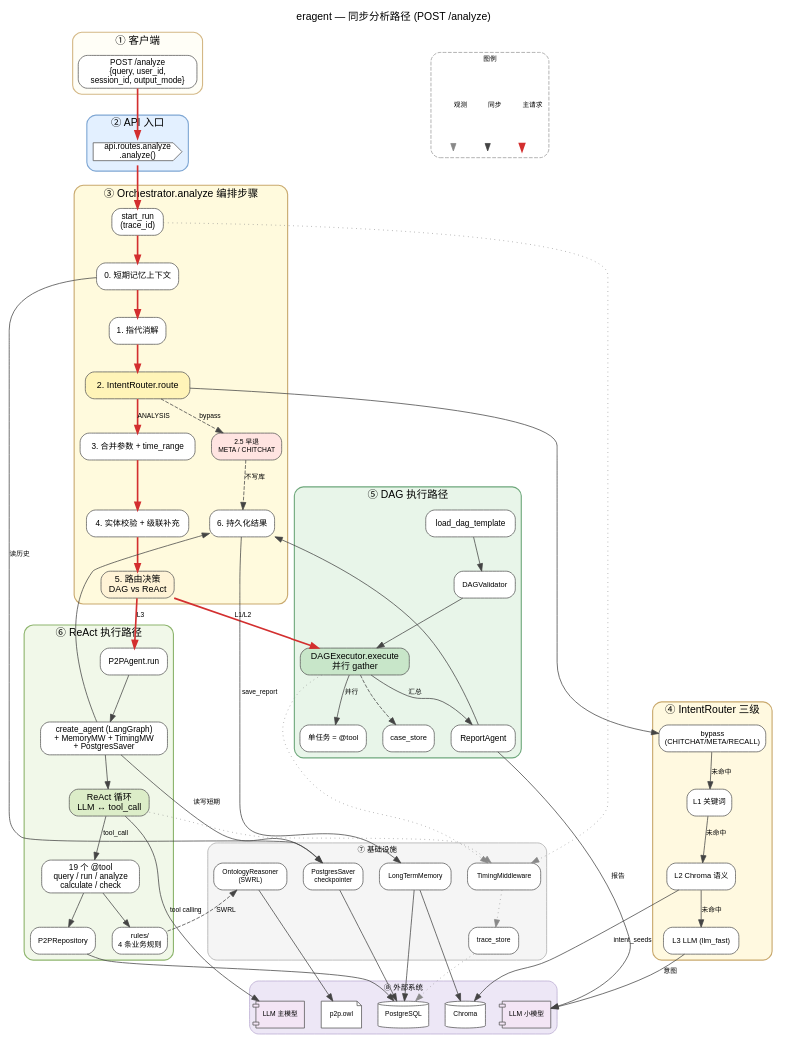
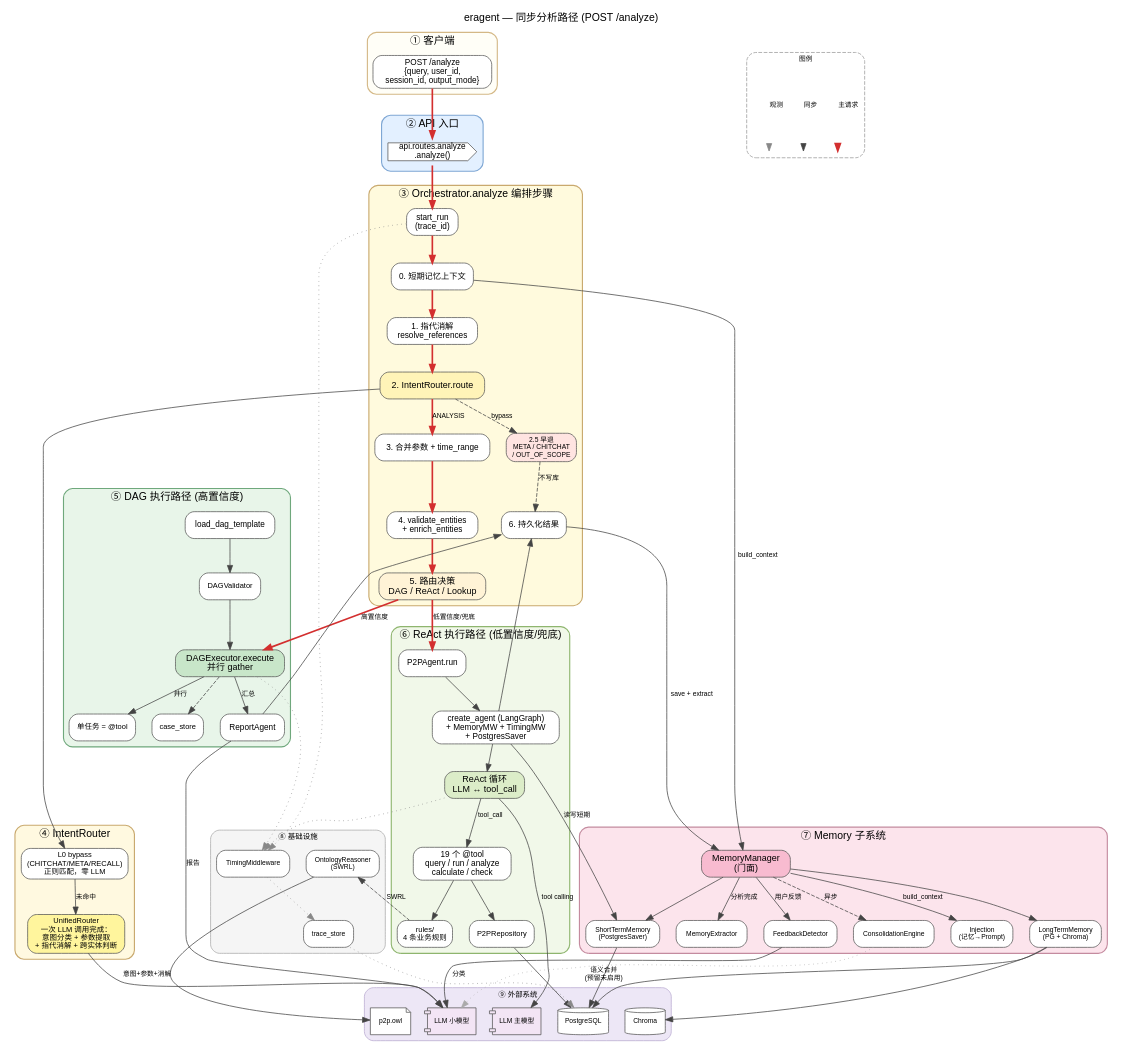
The diagram in docs/architecture/arch_sync.dot (pan817/eragent), drawn with Graphviz before and after one commit. The commit also changed 24 other files, not shown here.

```diff
--- a/docs/architecture/arch_sync.dot
+++ b/docs/architecture/arch_sync.dot
@@ -34,31 +34,30 @@
         style="rounded,filled"; fillcolor="#FFFADD"; color="#C9A96E";
         o_start   [label="start_run\n(trace_id)", shape=box, fontsize=11];
         o_ctx     [label="0. 短期记忆上下文", shape=box, fontsize=11];
-        o_refres  [label="1. 指代消解", shape=box, fontsize=11];
+        o_refres  [label="1. 指代消解\nresolve_references", shape=box, fontsize=11];
         o_route   [label="2. IntentRouter.route",
                    shape=box, fontsize=12, fillcolor="#FFF4B8"];
-        o_early   [label="2.5 早退\nMETA / CHITCHAT",
+        o_early   [label="2.5 早退\nMETA / CHITCHAT\n/ OUT_OF_SCOPE",
                    shape=box, fontsize=9, fillcolor="#FFE4E1"];
         o_params  [label="3. 合并参数 + time_range", shape=box, fontsize=11];
-        o_enrich  [label="4. 实体校验 + 级联补充", shape=box, fontsize=11];
-        o_decide  [label="5. 路由决策\nDAG vs ReAct",
+        o_enrich  [label="4. validate_entities\n+ enrich_entities", shape=box, fontsize=11];
+        o_decide  [label="5. 路由决策\nDAG / ReAct / Lookup",
                    shape=box, fontsize=12, fillcolor="#FFF3D6"];
         o_persist [label="6. 持久化结果", shape=box, fontsize=11];
     }
 
-    // ── ④ IntentRouter 三级 ─────────────────────────────────
+    // ── ④ IntentRouter ─────────────────────────────────────
     subgraph cluster_router {
-        label="④ IntentRouter 三级"; penwidth=1.5;
+        label="④ IntentRouter"; penwidth=1.5;
         style="rounded,filled"; fillcolor="#FFF9E0"; color="#C9A96E";
-        r_bypass [label="bypass\n(CHITCHAT/META/RECALL)", shape=box];
-        r_l1     [label="L1 关键词", shape=box];
-        r_l2     [label="L2 Chroma 语义", shape=box];
-        r_l3     [label="L3 LLM (llm_fast)", shape=box];
+        r_bypass  [label="L0 bypass\n(CHITCHAT/META/RECALL)\n正则匹配，零 LLM", shape=box];
+        r_unified [label="UnifiedRouter\n一次 LLM 调用完成：\n意图分类 + 参数提取\n+ 指代消解 + 跨实体判断",
+                   shape=box, fontsize=10, fillcolor="#FFF59D"];
     }
 
     // ── ⑤ DAG ─────────────────────────────────────────────────
     subgraph cluster_dag {
-        label="⑤ DAG 执行路径"; penwidth=1.5;
+        label="⑤ DAG 执行路径 (高置信度)"; penwidth=1.5;
         style="rounded,filled"; fillcolor="#E8F5E9"; color="#6FA87C";
         d_load   [label="load_dag_template", shape=box, fontsize=11];
         d_valid  [label="DAGValidator", shape=box];
@@ -71,7 +70,7 @@
 
     // ── ⑥ ReAct ───────────────────────────────────────────────
     subgraph cluster_react {
-        label="⑥ ReAct 执行路径"; penwidth=1.5;
+        label="⑥ ReAct 执行路径 (低置信度/兜底)"; penwidth=1.5;
         style="rounded,filled"; fillcolor="#F1F8E9"; color="#8EB56E";
         a_agent [label="P2PAgent.run", shape=box, fontsize=11];
         a_graph [label="create_agent (LangGraph)\n+ MemoryMW + TimingMW\n+ PostgresSaver",
@@ -84,20 +83,31 @@
         a_repo  [label="P2PRepository", shape=box];
     }
 
-    // ── ⑦ 基础设施 ─────────────────────────────────────────────
+    // ── ⑦ Memory 子系统 ──────────────────────────────────────────
+    subgraph cluster_memory {
+        label="⑦ Memory 子系统"; penwidth=1.5;
+        style="rounded,filled"; fillcolor="#FCE4EC"; color="#C48B9F";
+        m_manager  [label="MemoryManager\n(门面)", shape=box, fontsize=12, fillcolor="#F8BBD0"];
+        m_short    [label="ShortTermMemory\n(PostgresSaver)", shape=box, fontsize=9];
+        m_long     [label="LongTermMemory\n(PG + Chroma)", shape=box, fontsize=9];
+        m_extract  [label="MemoryExtractor", shape=box, fontsize=9];
+        m_feedback [label="FeedbackDetector", shape=box, fontsize=9];
+        m_consol   [label="ConsolidationEngine", shape=box, fontsize=9];
+        m_inject   [label="Injection\n(记忆→Prompt)", shape=box, fontsize=9];
+    }
+
+    // ── ⑧ 基础设施 ─────────────────────────────────────────────
     subgraph cluster_infra {
-        label="⑦ 基础设施"; fontsize=10;
+        label="⑧ 基础设施"; fontsize=10;
         style="rounded,filled"; fillcolor="#F5F5F5"; color="#AAAAAA";
-        i_ltm      [label="LongTermMemory", shape=box, fontsize=9];
-        i_check    [label="PostgresSaver\ncheckpointer", shape=box, fontsize=9];
         i_timing   [label="TimingMiddleware", shape=box, fontsize=9];
         i_store    [label="trace_store", shape=box, fontsize=9];
         i_ontology [label="OntologyReasoner\n(SWRL)", shape=box, fontsize=9];
     }
 
-    // ── ⑧ 外部 ─────────────────────────────────────────────────
+    // ── ⑨ 外部 ─────────────────────────────────────────────────
     subgraph cluster_ext {
-        label="⑧ 外部系统"; fontsize=10;
+        label="⑨ 外部系统"; fontsize=10;
         style="rounded,filled"; fillcolor="#EDE7F6"; color="#B8A9D1";
         e_pg       [label="PostgreSQL", shape=cylinder, fontsize=9];
         e_chroma   [label="Chroma", shape=cylinder, fontsize=9];
@@ -134,17 +144,15 @@
     o_enrich  -> o_decide   [color="#D32F2F", penwidth=2.2, weight=10];
 
     // 分流
-    o_decide -> d_exec  [color="#D32F2F", penwidth=2.2, weight=6, label="L1/L2"];
-    o_decide -> a_agent [color="#D32F2F", penwidth=2.2, weight=6, label="L3"];
+    o_decide -> d_exec  [color="#D32F2F", penwidth=2.2, weight=6, label="高置信度"];
+    o_decide -> a_agent [color="#D32F2F", penwidth=2.2, weight=6, label="低置信度/兜底"];
 
     // 早退 (次要)
     o_early -> o_persist [color="#444444", style="dashed", label="不写库"];
 
-    // IntentRouter 三级 (侧枝,低权重让它排到右侧)
-    o_route  -> r_bypass [color="#444444", weight=1];
-    r_bypass -> r_l1     [color="#444444", label="未命中", weight=1];
-    r_l1     -> r_l2     [color="#444444", label="未命中", weight=1];
-    r_l2     -> r_l3     [color="#444444", label="未命中", weight=1];
+    // IntentRouter (侧枝,低权重让它排到右侧)
+    o_route  -> r_bypass  [color="#444444", weight=1];
+    r_bypass -> r_unified [color="#444444", label="未命中", weight=1];
 
     // DAG 内部
     d_load  -> d_valid [color="#444444"];
@@ -164,10 +172,18 @@
     d_report -> o_persist [color="#444444"];
     a_graph  -> o_persist [color="#444444"];
 
-    // Orchestrator 读写基础设施 (不加 constraint=false,让 dot 把 infra 自然下拉)
-    o_ctx     -> i_check [color="#444444", label="读历史"];
-    a_graph   -> i_check [color="#444444", label="读写短期"];
-    o_persist -> i_ltm   [color="#444444", label="save_report"];
+    // Orchestrator → Memory 子系统
+    o_ctx     -> m_manager [color="#444444", label="build_context"];
+    o_persist -> m_manager [color="#444444", label="save + extract"];
+    a_graph   -> m_short   [color="#444444", label="读写短期"];
+
+    // MemoryManager 内部
+    m_manager -> m_short   [color="#444444"];
+    m_manager -> m_long    [color="#444444"];
+    m_manager -> m_extract [color="#444444", label="分析完成"];
+    m_manager -> m_feedback [color="#444444", label="用户反馈"];
+    m_manager -> m_consol  [color="#444444", style="dashed", label="异步"];
+    m_manager -> m_inject  [color="#444444", label="build_context"];
 
     // 可观测性 (灰点线)
     o_start  -> i_timing [color="#888888", style="dotted"];
@@ -176,19 +192,23 @@
     i_timing -> i_store  [color="#888888", style="dotted"];
 
     // LLM 调用
-    r_l3     -> e_llm_fast [color="#444444", label="意图"];
-    d_report -> e_llm_fast [color="#444444", label="报告"];
-    a_loop   -> e_llm_main [color="#444444", label="tool calling"];
+    r_unified -> e_llm_fast [color="#444444", label="意图+参数+消解"];
+    d_report  -> e_llm_fast [color="#444444", label="报告"];
+    a_loop    -> e_llm_main [color="#444444", label="tool calling"];
+    m_feedback -> e_llm_fast [color="#444444", label="分类"];
+    m_consol -> e_llm_fast [color="#AAAAAA", style="dotted", label="语义合并\n(预留未启用)"];
 
     // 规则 → 本体
     a_rules -> i_ontology [color="#444444", style="dashed", label="SWRL"];
 
+    // Memory → 外部
+    m_short    -> e_pg     [color="#444444"];
+    m_long     -> e_pg     [color="#444444"];
+    m_long     -> e_chroma [color="#444444"];
+
     // 基础设施 → 外部
-    i_check    -> e_pg     [color="#444444"];
-    i_ltm      -> e_pg     [color="#444444"];
-    i_ltm      -> e_chroma [color="#444444"];
     i_store    -> e_pg     [color="#888888", style="dotted"];
     a_repo     -> e_pg     [color="#444444"];
     i_ontology -> e_owl    [color="#444444"];
-    r_l2       -> e_chroma [color="#444444", label="intent_seeds"];
+    // UnifiedRouter 不再使用 Chroma intent_seeds（已合并到 LLM 调用）
 }
```
